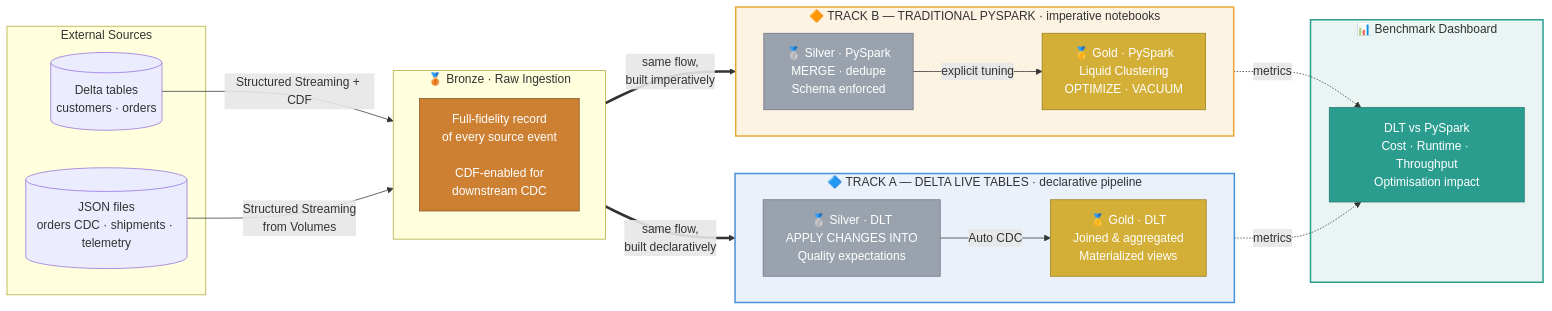
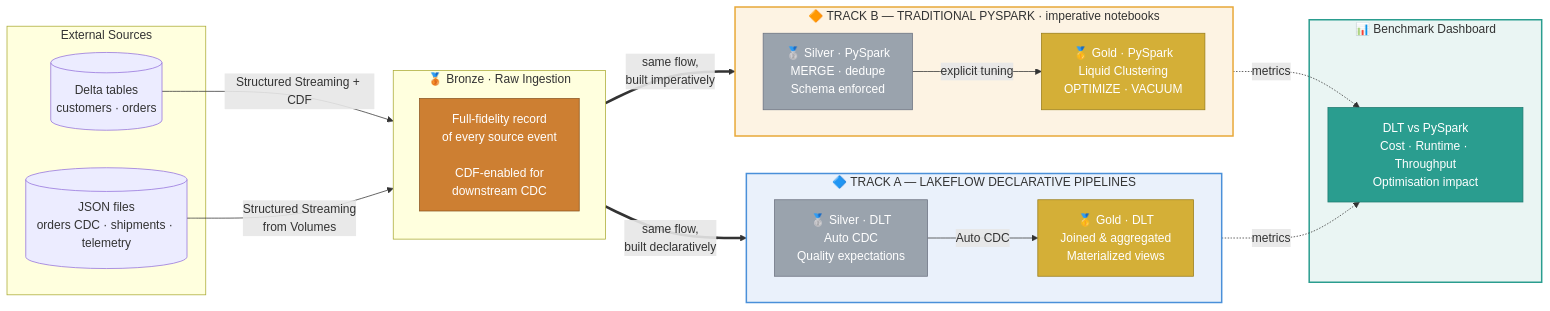
Before and after one commit to schmucas/databricks_de_professional_practice: the second of 5 diagrams in README.md, drawn with Mermaid. The commit also changed other lines of this file and 1 other file, not shown here.

````diff
--- a/README.md
+++ b/README.md
@@ -135,50 +96,50 @@
 ```mermaid
 flowchart LR
     subgraph Sources["External Sources"]
         S1[("Delta tables<br/>customers · orders")]
         S2[("JSON files<br/>orders CDC · shipments · telemetry")]
     end
 
     subgraph Bronze["🥉 Bronze · Raw Ingestion"]
         B["Full-fidelity record<br/>of every source event<br/><br/>CDF-enabled for<br/>downstream CDC"]
     end
 
-    subgraph dlt_track["🔷 TRACK A — DELTA LIVE TABLES · declarative pipeline"]
+    subgraph dlt_track["🔷 TRACK A — LAKEFLOW DECLARATIVE PIPELINES"]
         direction LR
-        SV1["🥈 Silver · DLT<br/>APPLY CHANGES INTO<br/>Quality expectations"]
+        SV1["🥈 Silver · DLT<br/>Auto CDC<br/>Quality expectations"]
         G1["🥇 Gold · DLT<br/>Joined & aggregated<br/>Materialized views"]
         SV1 -->|"Auto CDC"| G1
     end
 
     subgraph psp_track["🔶 TRACK B — TRADITIONAL PYSPARK · imperative notebooks"]
         direction LR
         SV2["🥈 Silver · PySpark<br/>MERGE · dedupe<br/>Schema enforced"]
         G2["🥇 Gold · PySpark<br/>Liquid Clustering<br/>OPTIMIZE · VACUUM"]
         SV2 -->|"explicit tuning"| G2
     end
 
     subgraph bench["📊 Benchmark Dashboard"]
         CMP["DLT vs PySpark<br/>Cost · Runtime · Throughput<br/>Optimisation impact"]
     end
 
     S1 -->|"Structured Streaming + CDF"| Bronze
     S2 -->|"Structured Streaming<br/>from Volumes"| Bronze
     Bronze ==>|"same flow,<br/>built declaratively"| SV1
     Bronze ==>|"same flow,<br/>built imperatively"| SV2
     G1 -.->|"metrics"| CMP
     G2 -.->|"metrics"| CMP
 
     classDef bronze fill:#cd7f32,stroke:#8a5522,color:#fff
     classDef silver fill:#9aa3ad,stroke:#6b7280,color:#fff
     classDef gold   fill:#d4af37,stroke:#9a7d1a,color:#fff
     classDef bench  fill:#2a9d8f,stroke:#1f7a6f,color:#fff
 
     class B bronze
     class SV1,SV2 silver
     class G1,G2 gold
     class CMP bench
 
     style dlt_track fill:#eaf1fb,stroke:#4a90d9,stroke-width:2px
     style psp_track fill:#fdf3e3,stroke:#e8a838,stroke-width:2px
     style bench     fill:#eaf5f3,stroke:#2a9d8f,stroke-width:2px
 ```
````
